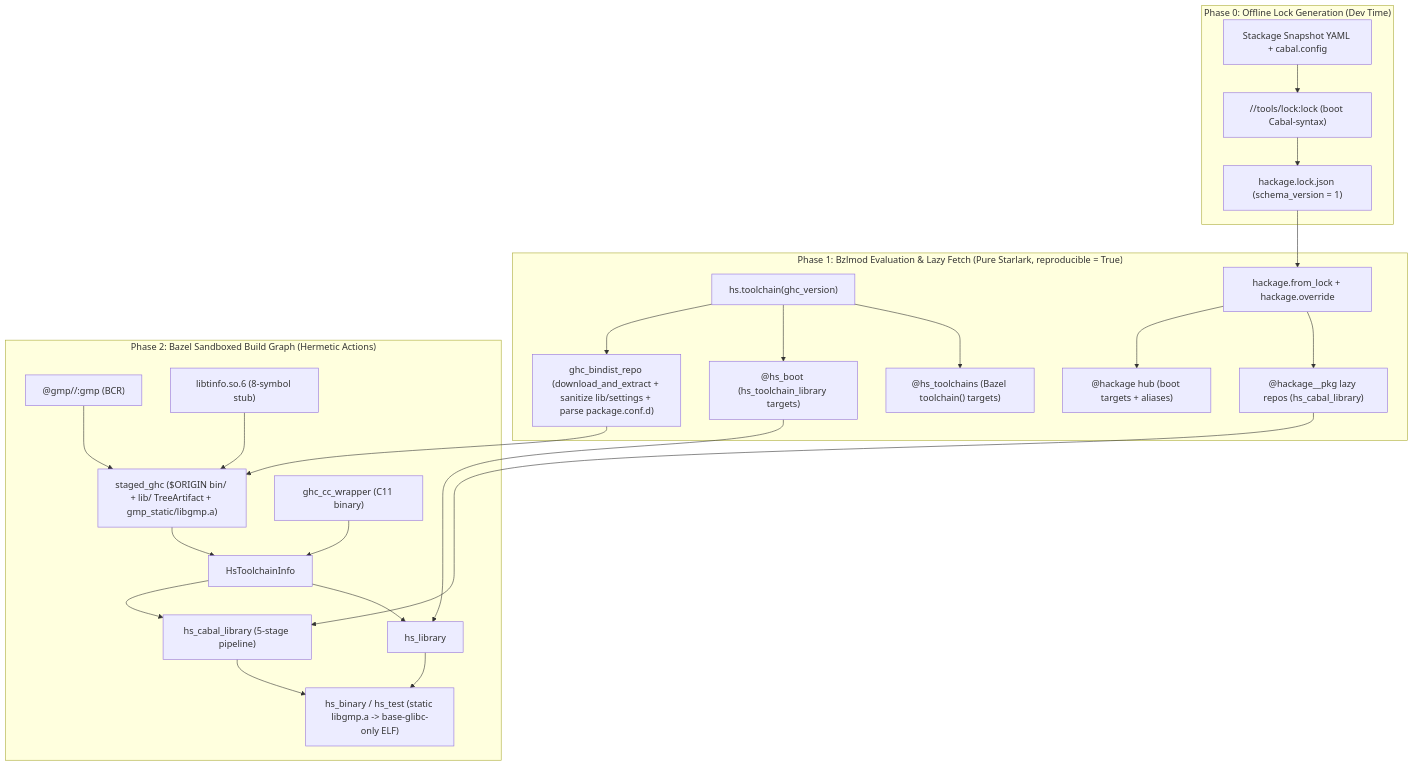
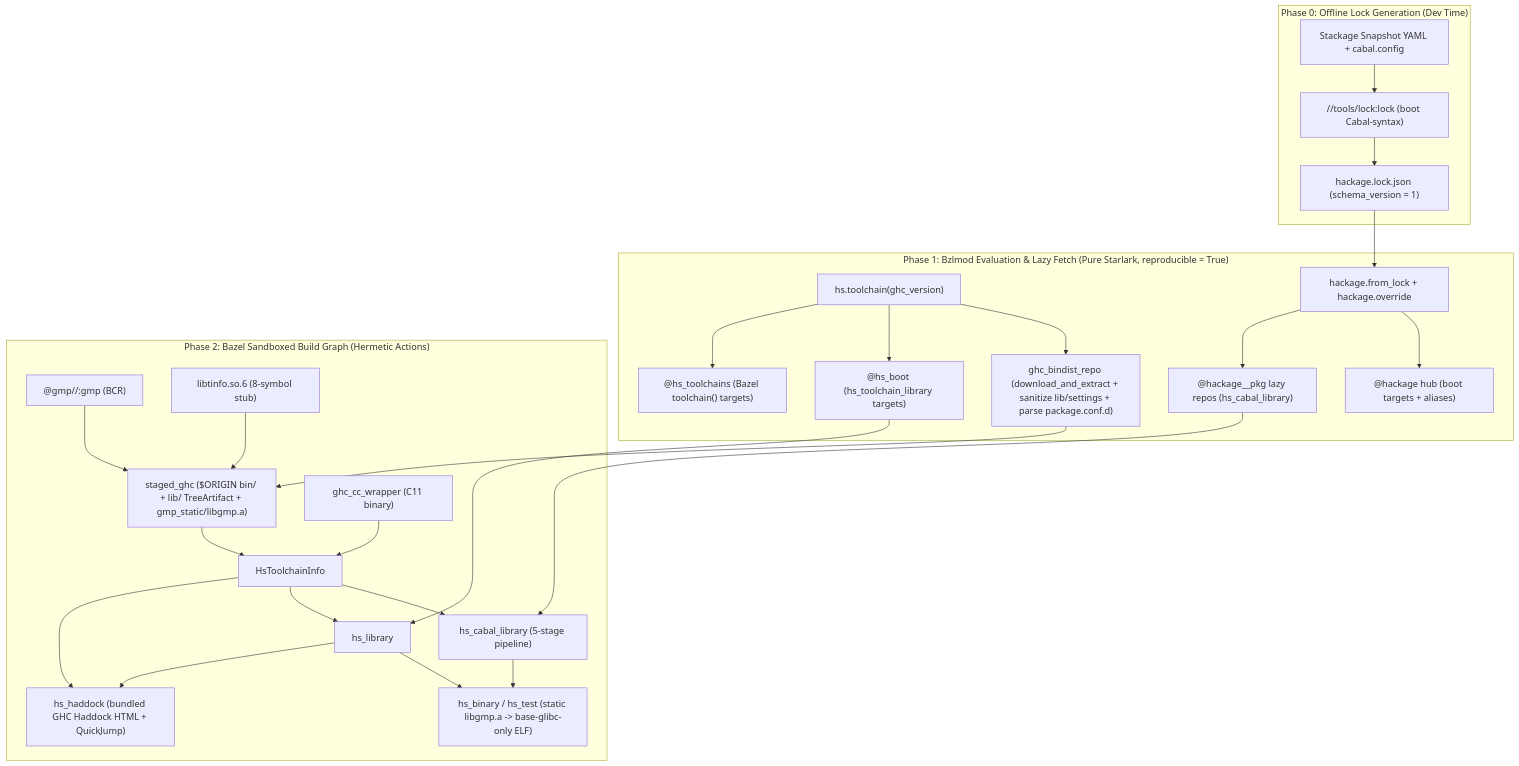
Before and after one commit to kaycebasques/hs: the diagram in docs/content/internals/overview.md, drawn with Mermaid. The commit also changed other lines of this file and 6 other files, not shown here.

````diff
--- a/docs/content/internals/overview.md
+++ b/docs/content/internals/overview.md
@@ -110,30 +108,32 @@
 ```mermaid
 flowchart TD
     subgraph DevTime["Phase 0: Offline Lock Generation (Dev Time)"]
         SNAP["Stackage Snapshot YAML + cabal.config"] --> LOCKCLI["//tools/lock:lock (boot Cabal-syntax)"]
         LOCKCLI --> LOCKJSON["hackage.lock.json (schema_version = 1)"]
     end
 
     subgraph Bzlmod["Phase 1: Bzlmod Evaluation & Lazy Fetch (Pure Starlark, reproducible = True)"]
         EXTHS["hs.toolchain(ghc_version)"] --> BINDIST["ghc_bindist_repo (download_and_extract + sanitize lib/settings + parse package.conf.d)"]
         EXTHS --> HSBOOT["@hs_boot (hs_toolchain_library targets)"]
         EXTHS --> HSTC["@hs_toolchains (Bazel toolchain() targets)"]
         LOCKJSON --> EXTHACK["hackage.from_lock + hackage.override"]
         EXTHACK --> HUB["@hackage hub (boot targets + aliases)"]
         EXTHACK --> PKGREPO["@hackage__pkg lazy repos (hs_cabal_library)"]
     end
 
     subgraph Build["Phase 2: Bazel Sandboxed Build Graph (Hermetic Actions)"]
         GMP["@gmp//:gmp (BCR)"] --> STAGE["staged_ghc ($ORIGIN bin/ + lib/ TreeArtifact + gmp_static/libgmp.a)"]
         TINFO["libtinfo.so.6 (8-symbol stub)"] --> STAGE
         BINDIST --> STAGE
         CCW["ghc_cc_wrapper (C11 binary)"] --> TC["HsToolchainInfo"]
         STAGE --> TC
         TC --> CABAL["hs_cabal_library (5-stage pipeline)"]
         TC --> HSLIB["hs_library"]
         PKGREPO --> CABAL
         HSBOOT --> HSLIB
         CABAL --> HSBIN["hs_binary / hs_test (static libgmp.a -> base-glibc-only ELF)"]
         HSLIB --> HSBIN
+        TC --> HADDOCK["hs_haddock (bundled GHC Haddock HTML + QuickJump)"]
+        HSLIB --> HADDOCK
     end
 ```
````
